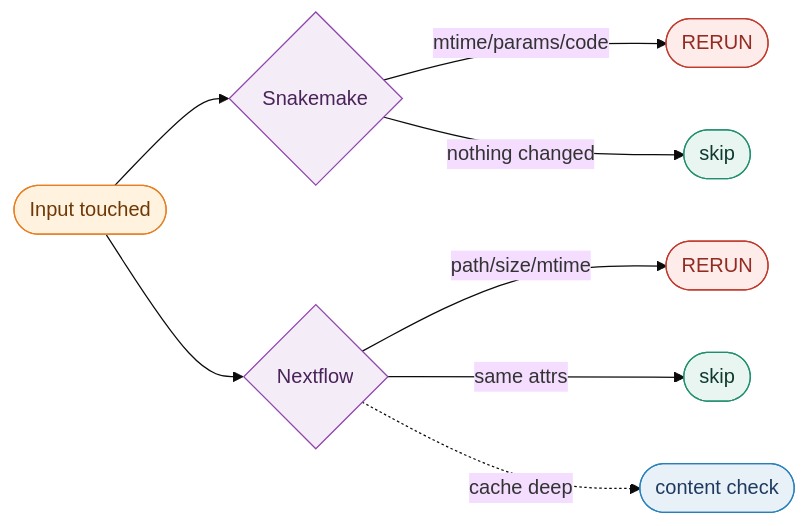
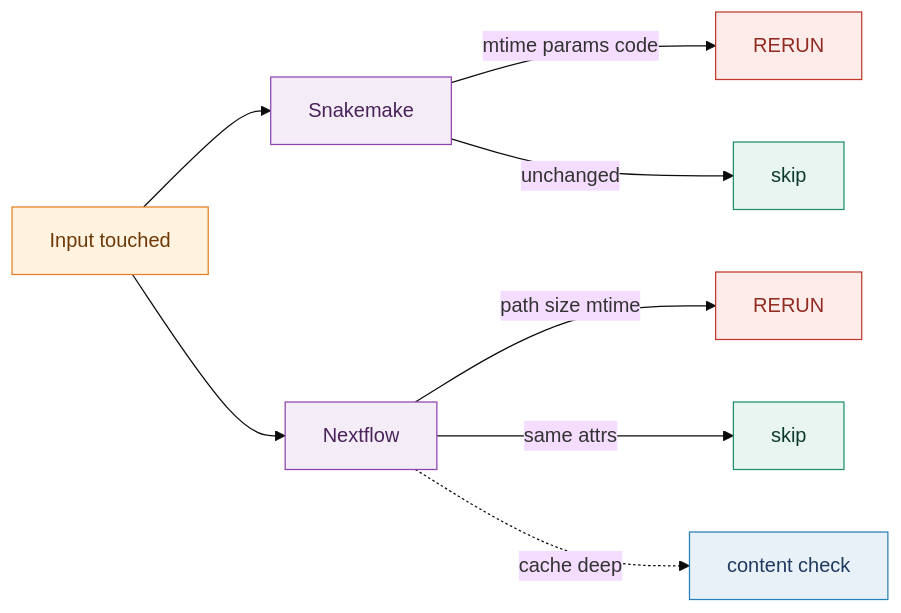
Before and after one commit to friendsofstrandseq/mosaicatcher-pipeline: the diagram in docs/python-club-snakemake-2026.qmd, drawn with Mermaid (base theme). The commit also changed 37 other files, not shown here.

First line of the commit message:
docs: upgrade Quarto 1.5.57 -> 1.9.37; mermaid 10.2 -> 11.12

````diff
--- a/docs/python-club-snakemake-2026.qmd
+++ b/docs/python-club-snakemake-2026.qmd
@@ -600,25 +600,30 @@
 ```{mermaid}
 %%| eval: true
 %%| fig-align: center
-flowchart LR
-  IN([Input touched])
-  IN --> SMK{Snakemake}
-  IN --> NF{Nextflow}
-  SMK -->|mtime/params/code| SMKY([RERUN])
-  SMK -->|nothing changed| SMKN([skip])
-  NF -->|path/size/mtime| NFY([RERUN])
-  NF -->|same attrs| NFN([skip])
-  NF -.->|cache deep| NFD([content check])
-
+graph LR
+  IN["Input touched"]
+  SMK["Snakemake"]
+  NF["Nextflow"]
+  RR1["RERUN"]
+  SK1["skip"]
+  RR2["RERUN"]
+  SK2["skip"]
+  CD["content check"]
+  IN --> SMK
+  IN --> NF
+  SMK -->|"mtime params code"| RR1
+  SMK -->|"unchanged"| SK1
+  NF -->|"path size mtime"| RR2
+  NF -->|"same attrs"| SK2
+  NF -.->|"cache deep"| CD
+  classDef trigger fill:#fff3e0,stroke:#E67E22,color:#6e3906;
+  classDef tool fill:#f4ecf7,stroke:#8E44AD,color:#4a235a;
+  classDef rerun fill:#fdecea,stroke:#C0392B,color:#922b21;
+  classDef skipped fill:#e8f5f0,stroke:#208F6E,color:#0f3a30;
+  classDef deepcheck fill:#e8f1f8,stroke:#2980B9,color:#1F3A5F;
   class IN trigger
   class SMK,NF tool
-  class SMKY,NFY yes
-  class SMKN,NFN no
-  class NFD deep
-
-  classDef trigger fill:#fff3e0,stroke:#E67E22,color:#6e3906
-  classDef tool fill:#f4ecf7,stroke:#8E44AD,color:#4a235a
-  classDef yes fill:#fdecea,stroke:#C0392B,color:#922b21
-  classDef no fill:#e8f5f0,stroke:#208F6E,color:#0f3a30
-  classDef deep fill:#e8f1f8,stroke:#2980B9,color:#1F3A5F
+  class RR1,RR2 rerun
+  class SK1,SK2 skipped
+  class CD deepcheck
 ```
````
